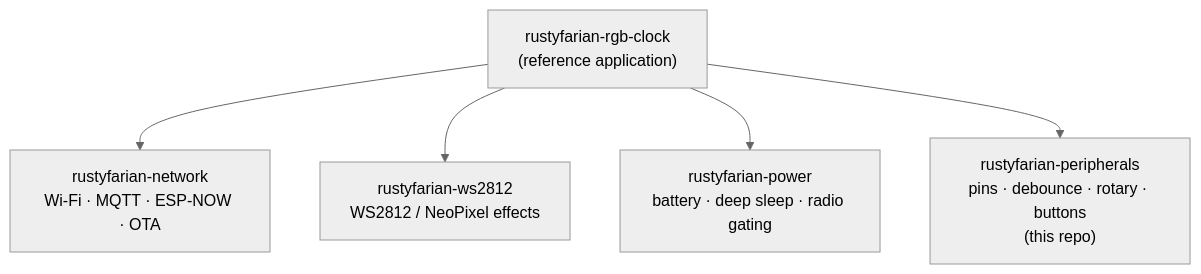
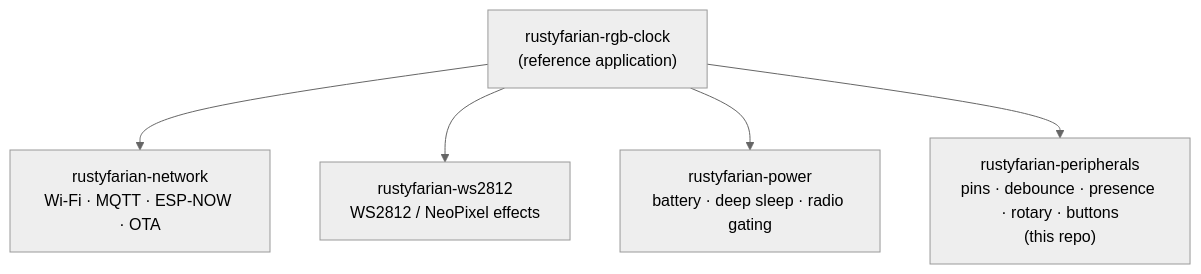
Before and after one commit to datenkollektiv/rustyfarian-peripherals: the diagram in README.md, drawn with Mermaid (neutral theme). The commit also changed other lines of this file and 14 other files, not shown here.

````diff
--- a/README.md
+++ b/README.md
@@ -30,12 +30,12 @@
 ```mermaid
 graph TD
     app["rustyfarian-rgb-clock<br/>(reference application)"]
     net["rustyfarian-network<br/>Wi-Fi · MQTT · ESP-NOW · OTA"]
     leds["rustyfarian-ws2812<br/>WS2812 / NeoPixel effects"]
     pwr["rustyfarian-power<br/>battery · deep sleep · radio gating"]
-    periph["rustyfarian-peripherals<br/>pins · debounce · rotary · buttons<br/>(this repo)"]
+    periph["rustyfarian-peripherals<br/>pins · debounce · presence · rotary · buttons<br/>(this repo)"]
     app --> net
     app --> leds
     app --> pwr
     app --> periph
 ```
````
